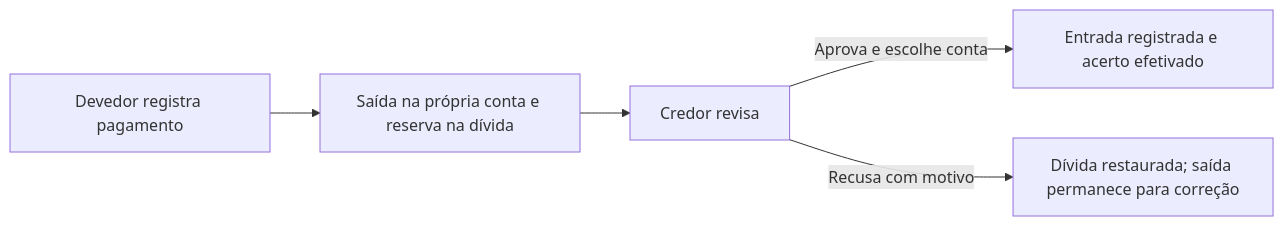
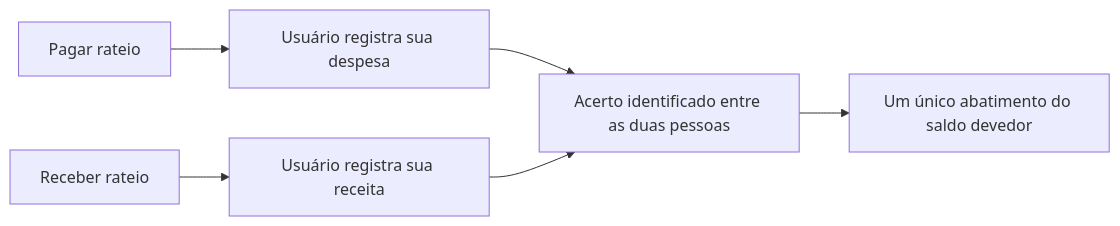
Before and after one commit to antoniolbfj/mukirana: the diagram in docs/proposta-rateios.md, drawn with Mermaid. The commit also changed other lines of this file and 5 other files, not shown here.

````diff
--- a/docs/proposta-rateios.md
+++ b/docs/proposta-rateios.md
@@ -116,7 +123,8 @@
 ```mermaid
 flowchart LR
-  A[Devedor registra pagamento] --> B[Saída na própria conta e reserva na dívida]
-  B --> C[Credor revisa]
-  C -->|Aprova e escolhe conta| D[Entrada registrada e acerto efetivado]
-  C -->|Recusa com motivo| E[Dívida restaurada; saída permanece para correção]
+  A[Pagar rateio] --> B[Usuário registra sua despesa]
+  C[Receber rateio] --> D[Usuário registra sua receita]
+  B --> E[Acerto identificado entre as duas pessoas]
+  D --> E
+  E --> F[Um único abatimento do saldo devedor]
 ```
````
